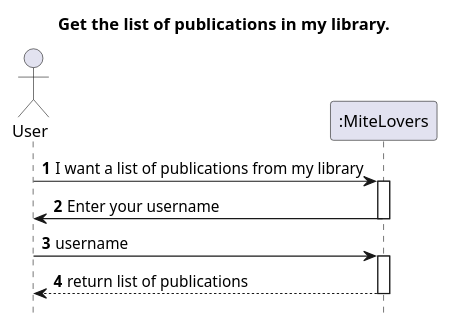
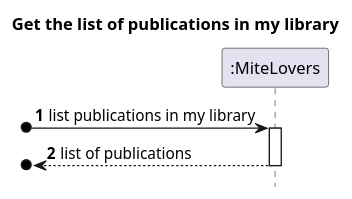
One commit to AndrePereiraGitH/SWitCH-Project-Team_A changed the diagram in Diagrams/SequenceDiagrams/N1/To-get-list-of-publications.puml. Above: the diagram before and after it, drawn with PlantUML. The commit also changed 4 other files, not shown here.

Commit message:
docs #953: refactor N1/N2 sequence diagrams to focus on Backend

```diff
--- a/Diagrams/SequenceDiagrams/N1/To-get-list-of-publications.puml
+++ b/Diagrams/SequenceDiagrams/N1/To-get-list-of-publications.puml
@@ -1,30 +1,14 @@
 @startuml
 
 autonumber
 hide footbox
-title Get the list of publications in my library.
+title Get the list of publications in my library
 
-actor "User" as User
 participant ":MiteLovers" as System
 
-
-
-    User -> System : I want a list of publications from my library
-
-    activate System
-
-    System -> User : Enter your username
-
-    deactivate System
-
-    User -> System: username
-
-    activate System
-
-    System --> User : return list of publications
-
-    deactivate System
-
-
+[o-> System : list publications in my library
+activate System
+[o<-- System : list of publications
+deactivate System
 
 @enduml
```
